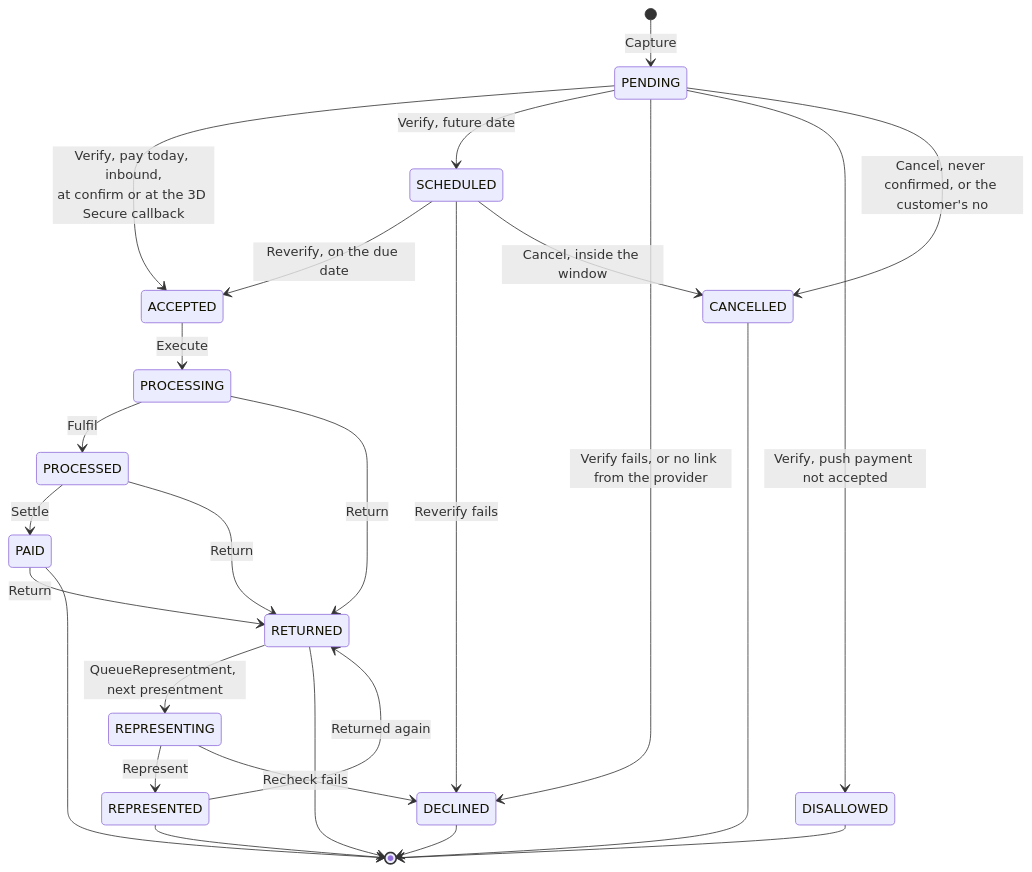
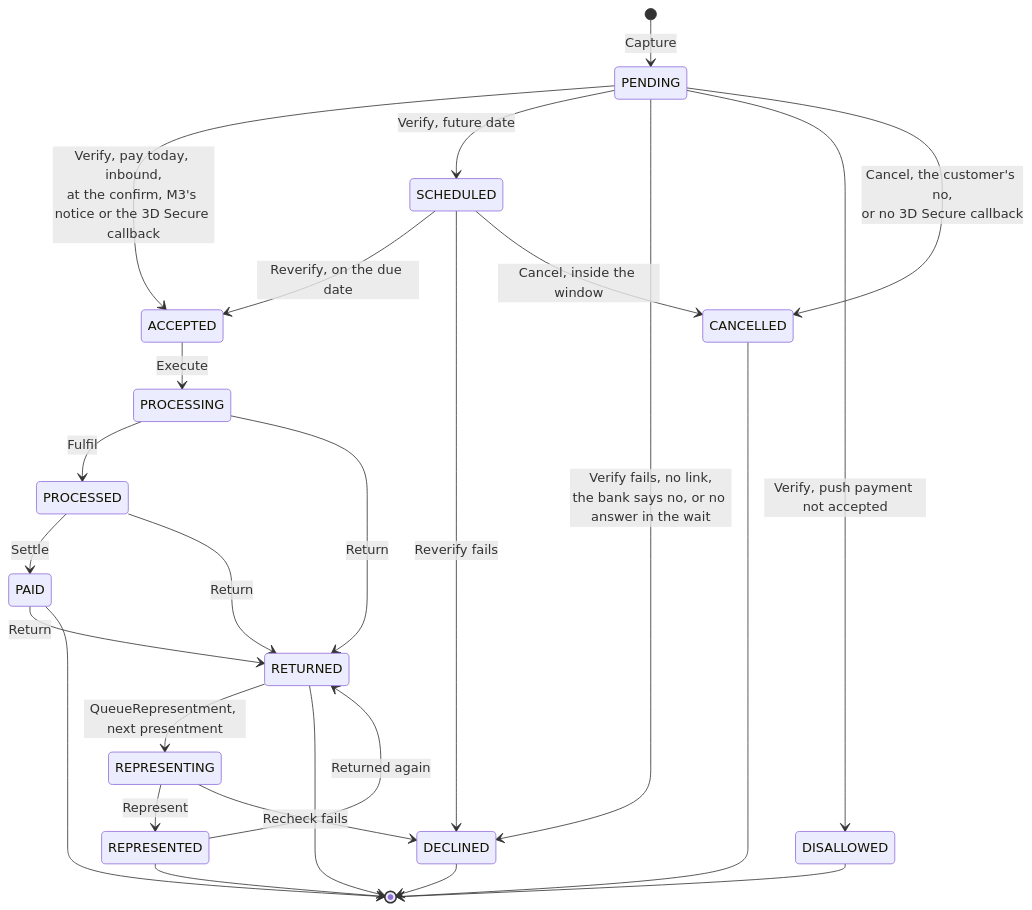
One commit to arunav-bhattacharya/billpay-book changed the first of 2 diagrams in website/docs/design/payment-state-model.md. Above: the diagram before and after it, drawn with Mermaid. The commit also changed other lines of this file and 52 other files, not shown here.

First line of the commit message:
Payment page filters, Pay by Bank through Amex PwBT and M3 settlement

````diff
--- a/website/docs/design/payment-state-model.md
+++ b/website/docs/design/payment-state-model.md
@@ -25,34 +25,34 @@
 ```mermaid
 ---
 config:
   nodeSpacing: 40
   rankSpacing: 34
 ---
 stateDiagram-v2
   direction TB
   [*] --> PENDING: Capture
-  PENDING --> ACCEPTED: Verify, pay today, inbound,<br/>at confirm or at the 3D Secure callback
+  PENDING --> ACCEPTED: Verify, pay today, inbound,<br/>at the confirm, M3's notice or the 3D Secure callback
   PENDING --> SCHEDULED: Verify, future date
-  PENDING --> DECLINED: Verify fails, or no link from the provider
+  PENDING --> DECLINED: Verify fails, no link,<br/>the bank says no, or no answer in the wait
   PENDING --> DISALLOWED: Verify, push payment not accepted
-  PENDING --> CANCELLED: Cancel, never confirmed, or the customer's no
+  PENDING --> CANCELLED: Cancel, the customer's no,<br/>or no 3D Secure callback
   SCHEDULED --> ACCEPTED: Reverify, on the due date
   SCHEDULED --> DECLINED: Reverify fails
   SCHEDULED --> CANCELLED: Cancel, inside the window
   ACCEPTED --> PROCESSING: Execute
   PROCESSING --> PROCESSED: Fulfil
   PROCESSED --> PAID: Settle
   PROCESSING --> RETURNED: Return
   PROCESSED --> RETURNED: Return
   PAID --> RETURNED: Return
   RETURNED --> REPRESENTING: QueueRepresentment, next presentment
   REPRESENTING --> REPRESENTED: Represent
   REPRESENTING --> DECLINED: Recheck fails
   REPRESENTED --> RETURNED: Returned again
   PAID --> [*]
   RETURNED --> [*]
   REPRESENTED --> [*]
   DECLINED --> [*]
   CANCELLED --> [*]
   DISALLOWED --> [*]
 ```
````
